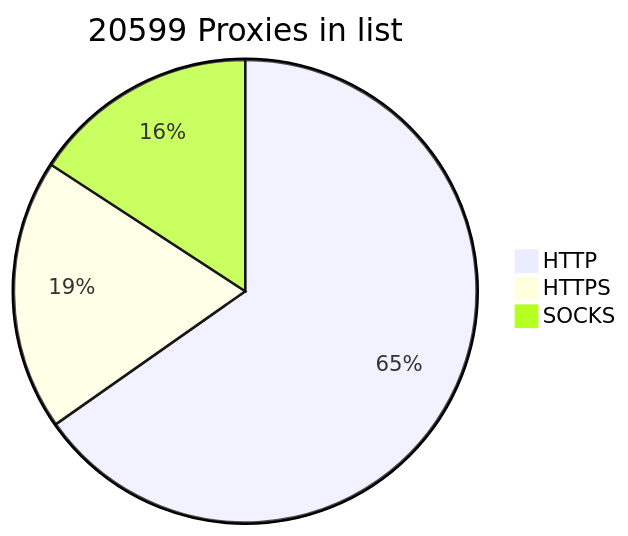
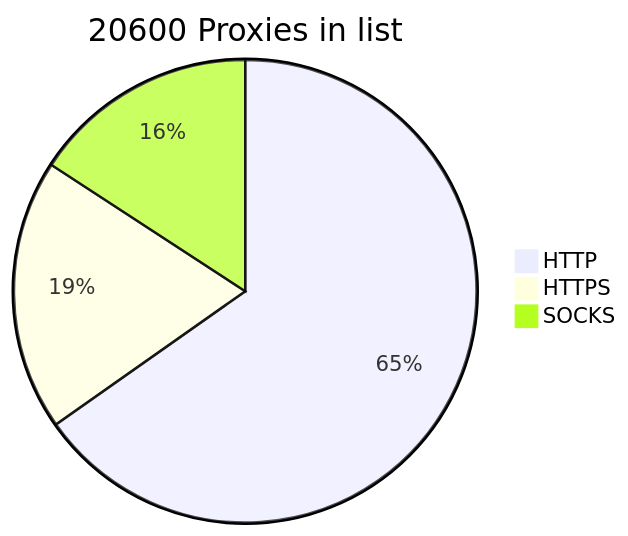
One commit to BlackSnowDot/proxylist-update-every-minute changed the diagram in README.md. Above: the diagram before and after it, drawn with Mermaid.

````diff
--- a/README.md
+++ b/README.md
@@ -2,6 +2,6 @@
 ```mermaid
-pie title 20599 Proxies in list
-    "HTTP" : 15167
-    "HTTPS": 4401
+pie title 20600 Proxies in list
+    "HTTP" : 15162
+    "HTTPS": 4405
     "SOCKS" : 3674
 ```
````
